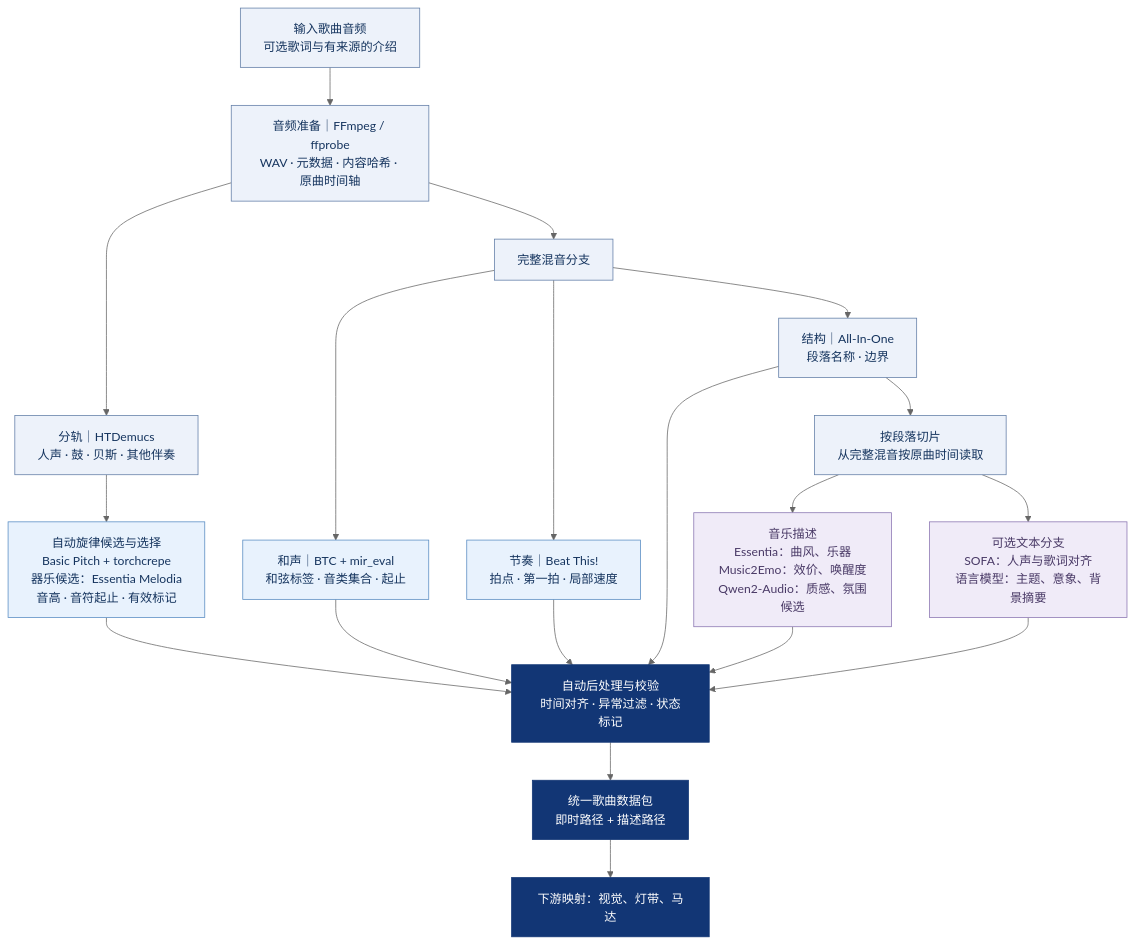
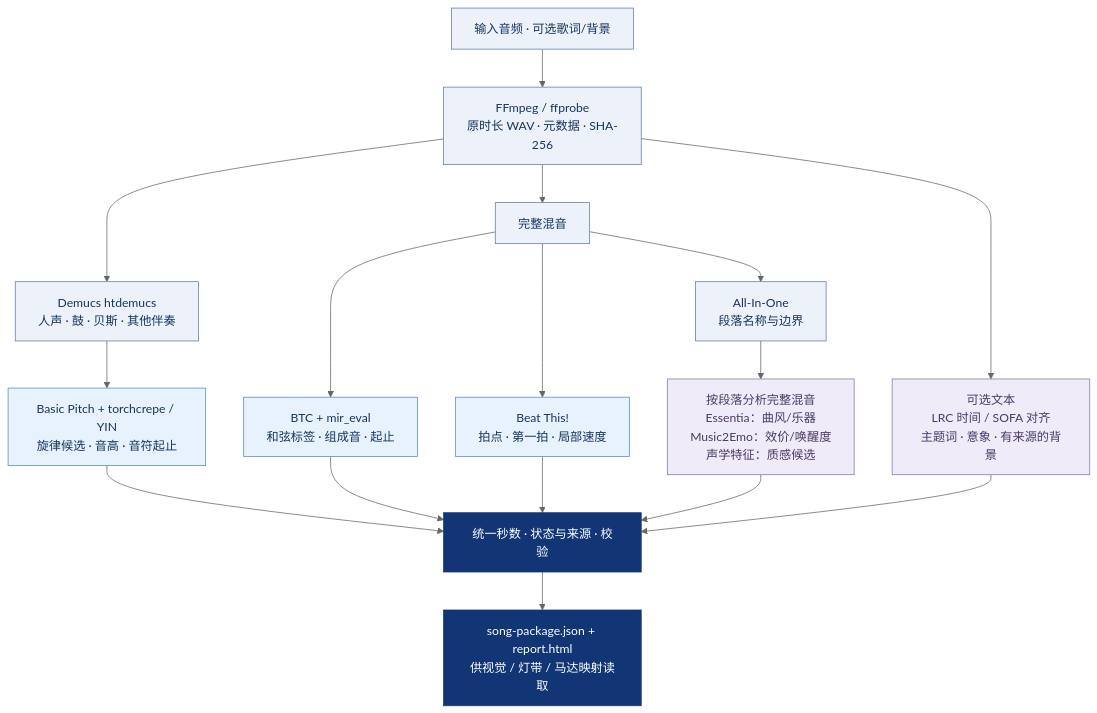
The diagram in README.md (Fragile-greensleeves/cross-sensory-music-preprocessor), drawn with Mermaid (neutral theme) before and after one commit. The commit also changed other lines of this file and 49 other files, not shown here.

````diff
--- a/README.md
+++ b/README.md
@@ -9,29 +9,26 @@
 ```mermaid
 flowchart TB
-    A["输入歌曲音频<br/>可选歌词与有来源的介绍"] --> B["音频准备｜FFmpeg / ffprobe<br/>WAV · 元数据 · 内容哈希 · 原曲时间轴"]
-    B --> C["分轨｜HTDemucs<br/>人声 · 鼓 · 贝斯 · 其他伴奏"]
-    B --> D["完整混音分支"]
-    C --> M["自动旋律候选与选择<br/>Basic Pitch + torchcrepe<br/>器乐候选：Essentia Melodia<br/>音高 · 音符起止 · 有效标记"]
-    D --> H["和声｜BTC + mir_eval<br/>和弦标签 · 音类集合 · 起止"]
-    D --> R["节奏｜Beat This!<br/>拍点 · 第一拍 · 局部速度"]
-    D --> S["结构｜All-In-One<br/>段落名称 · 边界"]
-    S --> W["按段落切片<br/>从完整混音按原曲时间读取"]
-    W --> E["音乐描述<br/>Essentia：曲风、乐器<br/>Music2Emo：效价、唤醒度<br/>Qwen2-Audio：质感、氛围候选"]
-    W --> L["可选文本分支<br/>SOFA：人声与歌词对齐<br/>语言模型：主题、意象、背景摘要"]
-    M --> Q["自动后处理与校验<br/>时间对齐 · 异常过滤 · 状态标记"]
+    A["输入音频 · 可选歌词/背景"] --> B["FFmpeg / ffprobe<br/>原时长 WAV · 元数据 · SHA-256"]
+    B --> C["Demucs htdemucs<br/>人声 · 鼓 · 贝斯 · 其他伴奏"]
+    B --> D["完整混音"]
+    C --> M["Basic Pitch + torchcrepe / YIN<br/>旋律候选 · 音高 · 音符起止"]
+    D --> H["BTC + mir_eval<br/>和弦标签 · 组成音 · 起止"]
+    D --> R["Beat This!<br/>拍点 · 第一拍 · 局部速度"]
+    D --> S["All-In-One<br/>段落名称与边界"]
+    S --> E["按段落分析完整混音<br/>Essentia：曲风/乐器<br/>Music2Emo：效价/唤醒度<br/>声学特征：质感候选"]
+    B --> L["可选文本<br/>LRC 时间 / SOFA 对齐<br/>主题词 · 意象 · 有来源的背景"]
+    M --> Q["统一秒数 · 状态与来源 · 校验"]
     H --> Q
     R --> Q
-    S --> Q
     E --> Q
     L --> Q
-    Q --> P["统一歌曲数据包<br/>即时路径 + 描述路径"]
-    P --> V["下游映射：视觉、灯带、马达"]
+    Q --> O["song-package.json + report.html<br/>供视觉 / 灯带 / 马达映射读取"]
     classDef base fill:#EDF2FA,stroke:#617DA6,color:#15345E;
     classDef instant fill:#E8F2FD,stroke:#578BC2,color:#15345E;
     classDef descr fill:#F0EBF8,stroke:#8974B1,color:#493966;
     classDef output fill:#123675,stroke:#123675,color:#FFFFFF;
-    class A,B,C,D,S,W base;
+    class A,B,C,D,S base;
     class M,H,R instant;
     class E,L descr;
-    class Q,P,V output;
+    class Q,O output;
 ```
````
